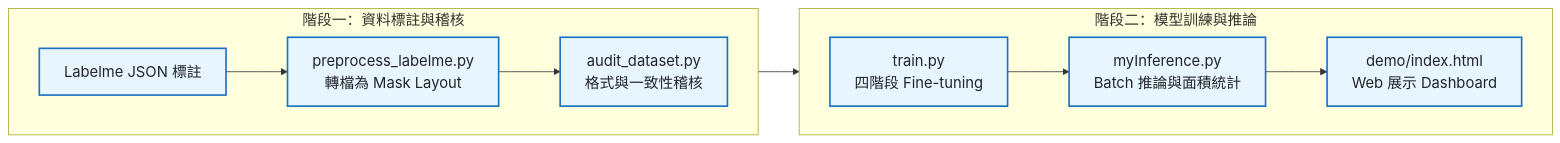
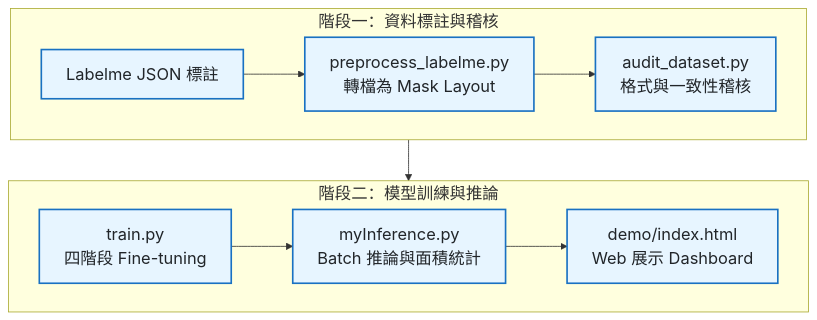
The diagram in README.md (kuotunyu/mask-rcnn-road), drawn with Mermaid before and after one commit.

Commit message:
docs: set main workflow orientation to TD with internal LR subgraphs

````diff
--- a/README.md
+++ b/README.md
@@ -28,18 +28,18 @@
 ```mermaid
-%%{init: {'themeVariables': {'fontSize': '18px'}}}%%
-flowchart LR
+%%{init: {'themeVariables': {'fontSize': '20px'}}}%%
+flowchart TD
     subgraph Stage1 ["階段一：資料標註與稽核"]
         direction LR
         S1["Labelme JSON 標註"] --> S2["preprocess_labelme.py<br/>轉檔為 Mask Layout"] --> S3["audit_dataset.py<br/>格式與一致性稽核"]
     end
 
     subgraph Stage2 ["階段二：模型訓練與推論"]
         direction LR
         S4["train.py<br/>四階段 Fine-tuning"] --> S5["myInference.py<br/>Batch 推論與面積統計"] --> S6["demo/index.html<br/>Web 展示 Dashboard"]
     end
 
     Stage1 --> Stage2
 
     classDef stageStyle fill:#e7f5ff,stroke:#1971c2,stroke-width:2px,color:#212529
     class S1,S2,S3,S4,S5,S6 stageStyle
 ```
````
